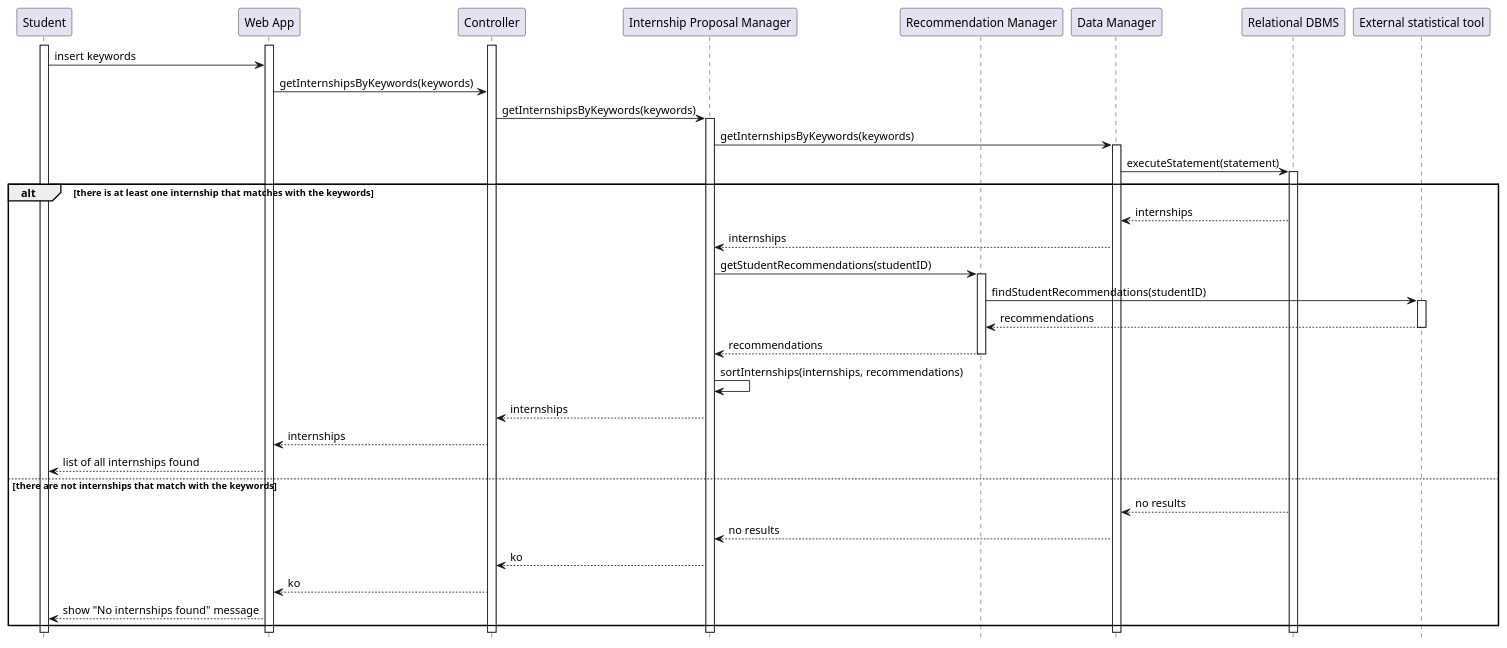
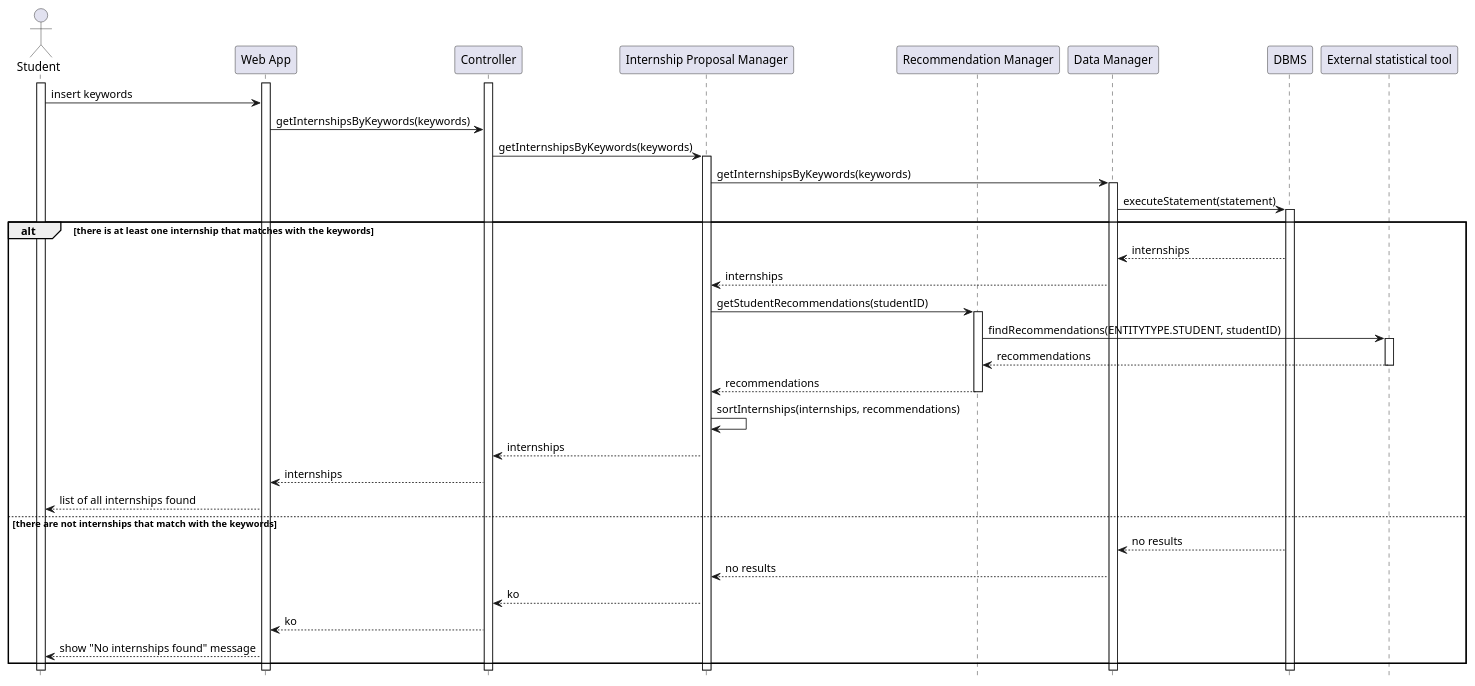
The diagram in DD/Architectural_design/uml_diagrams/RV10_diagram.puml (matti8702/R_and_DD_project_SE2), drawn with PlantUML before and after one commit. The commit also changed 9 other files, not shown here.

```diff
--- a/DD/Architectural_design/uml_diagrams/RV10_diagram.puml
+++ b/DD/Architectural_design/uml_diagrams/RV10_diagram.puml
@@ -1,49 +1,49 @@
 @startuml RV10_diagram
 hide footbox
 
-participant "Student" as S
+actor "Student" as S
 participant "Web App" as W
 participant "Controller" as C
 participant "Internship Proposal Manager" as I
 participant "Recommendation Manager" as RE
 participant "Data Manager" as DM
-participant "Relational DBMS" as RD
+participant "DBMS" as RD
 participant "External statistical tool" AS EXT
 
 activate S
 activate W
 activate C
 S -> W: insert keywords
 W -> C: getInternshipsByKeywords(keywords)
 C -> I: getInternshipsByKeywords(keywords)
 activate I
 I -> DM: getInternshipsByKeywords(keywords)
 activate DM
 DM -> RD: executeStatement(statement)
 
 alt there is at least one internship that matches with the keywords
     activate RD
     RD --> DM: internships
     DM --> I: internships
 
     I -> RE: getStudentRecommendations(studentID)
     activate RE
-    RE -> EXT: findStudentRecommendations(studentID)
+    RE -> EXT: findRecommendations(ENTITYTYPE.STUDENT, studentID)
     activate EXT
     EXT --> RE: recommendations
     deactivate EXT
     RE --> I: recommendations
     deactivate RE
     I -> I: sortInternships(internships, recommendations)
     I --> C: internships
     C --> W: internships
     W --> S: list of all internships found
 else there are not internships that match with the keywords
     RD --> DM: no results
     DM --> I: no results
     I --> C: ko
     C --> W: ko
     W --> S: show "No internships found" message
 end
 
 @enduml
```
